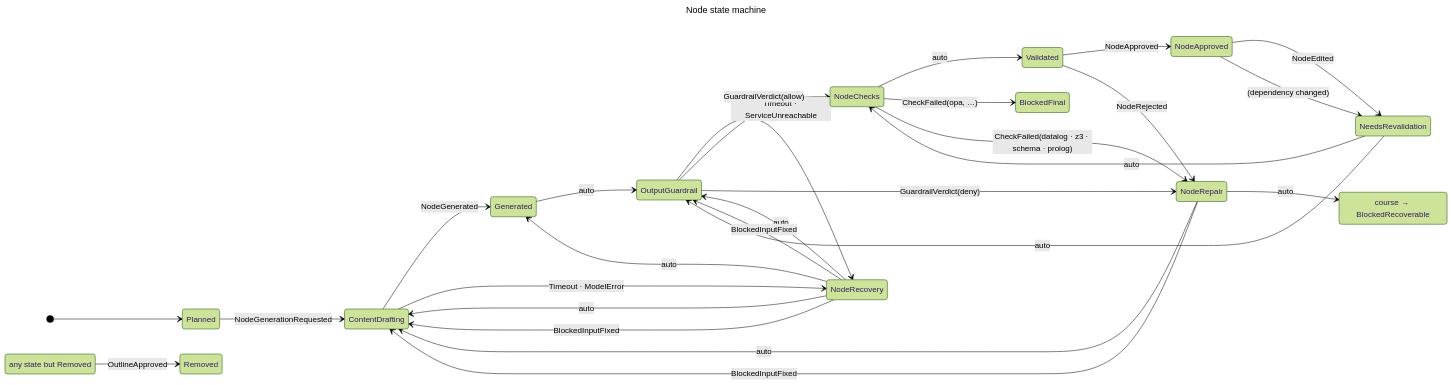
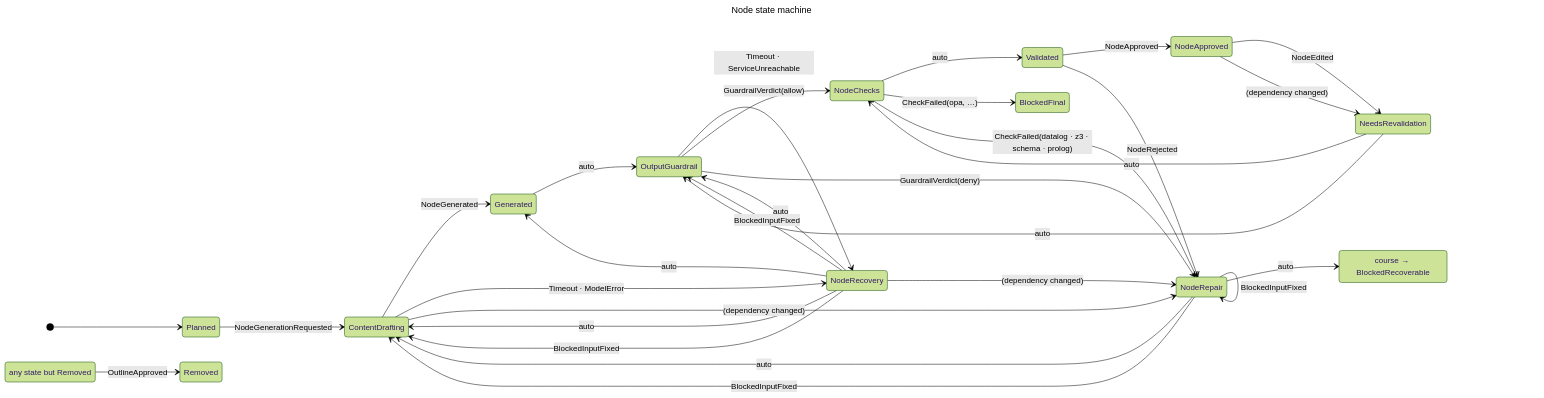
One commit to Magru/governed-ai-course-generator changed the second of 3 diagrams in model/diagrams.md. Above: the diagram before and after it, drawn with Mermaid (forest theme). The commit also changed 6 other files, not shown here.

````diff
--- a/model/diagrams.md
+++ b/model/diagrams.md
@@ -90,37 +90,40 @@
 ```mermaid
 ---
 title: Node state machine
 ---
 stateDiagram-v2
     direction LR
     state "any state but Removed" as XanystatebutRemoved
     state "course → BlockedRecoverable" as XcourseBlockedRecoverable
 
     [*] --> Planned
 
     Planned --> ContentDrafting : NodeGenerationRequested
     ContentDrafting --> Generated : NodeGenerated
     ContentDrafting --> NodeRecovery : Timeout · ModelError
     Generated --> OutputGuardrail : auto
     OutputGuardrail --> NodeRecovery : Timeout · ServiceUnreachable
     NodeRecovery --> Generated : auto
     NodeRecovery --> ContentDrafting : auto
     NodeRecovery --> OutputGuardrail : auto
     NodeRecovery --> ContentDrafting : BlockedInputFixed
     NodeRecovery --> OutputGuardrail : BlockedInputFixed
     OutputGuardrail --> NodeChecks : GuardrailVerdict(allow)
     OutputGuardrail --> NodeRepair : GuardrailVerdict(deny)
     NodeChecks --> Validated : auto
     NodeChecks --> BlockedFinal : CheckFailed(opa, …)
     NodeChecks --> NodeRepair : CheckFailed(datalog · z3 · schema · prolog)
     NodeRepair --> ContentDrafting : auto
     NodeRepair --> XcourseBlockedRecoverable : auto
     NodeRepair --> ContentDrafting : BlockedInputFixed
+    NodeRepair --> NodeRepair : BlockedInputFixed
     Validated --> NodeApproved : NodeApproved
     Validated --> NodeRepair : NodeRejected
     NodeApproved --> NeedsRevalidation : NodeEdited
     NodeApproved --> NeedsRevalidation : (dependency changed)
+    ContentDrafting --> NodeRepair : (dependency changed)
+    NodeRecovery --> NodeRepair : (dependency changed)
     NeedsRevalidation --> OutputGuardrail : auto
     NeedsRevalidation --> NodeChecks : auto
     XanystatebutRemoved --> Removed : OutlineApproved
 ```
````
